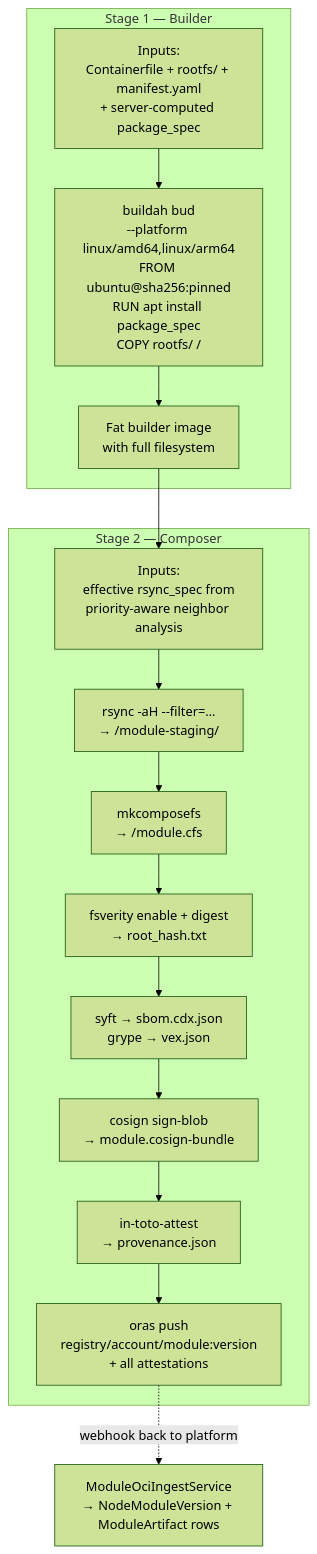
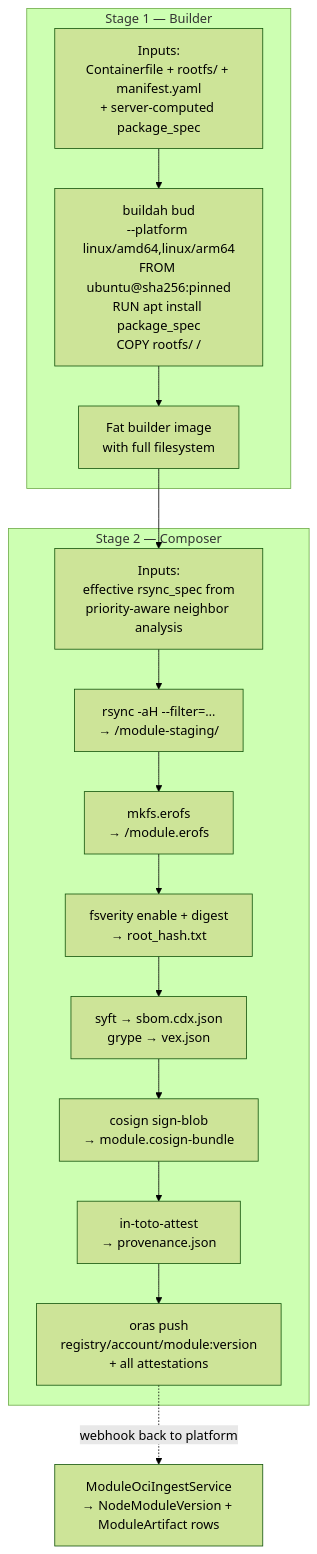
One commit to nodealchemy/powernode-system changed the second of 7 diagrams in docs/ARCHITECTURE.md. Above: the diagram before and after it, drawn with Mermaid (forest theme). The commit also changed other lines of this file and 29 other files, not shown here.

````diff
--- a/docs/ARCHITECTURE.md
+++ b/docs/ARCHITECTURE.md
@@ -65,24 +65,24 @@
 ```mermaid
 flowchart TD
     subgraph S1["Stage 1 — Builder"]
         S1in["Inputs:<br/>Containerfile + rootfs/ + manifest.yaml<br/>+ server-computed package_spec"]
         S1build[buildah bud<br/>--platform linux/amd64,linux/arm64<br/>FROM ubuntu@sha256:pinned<br/>RUN apt install package_spec<br/>COPY rootfs/ /]
         S1out[Fat builder image<br/>with full filesystem]
         S1in --> S1build --> S1out
     end
 
     subgraph S2["Stage 2 — Composer"]
         S2in["Inputs:<br/>effective rsync_spec from<br/>priority-aware neighbor analysis"]
         Rsync["rsync -aH --filter=…<br/>→ /module-staging/"]
-        Comp[mkcomposefs<br/>→ /module.cfs]
+        Comp[mkfs.erofs<br/>→ /module.erofs]
         Verity[fsverity enable + digest<br/>→ root_hash.txt]
         SBOM["syft → sbom.cdx.json<br/>grype → vex.json"]
         Sign[cosign sign-blob<br/>→ module.cosign-bundle]
         Prov[in-toto-attest<br/>→ provenance.json]
         Push[oras push<br/>registry/account/module:version<br/>+ all attestations]
         S2in --> Rsync --> Comp --> Verity --> SBOM --> Sign --> Prov --> Push
     end
 
     S1out --> S2in
     Push -. "webhook back to platform" .-> Ingest[ModuleOciIngestService<br/>→ NodeModuleVersion + ModuleArtifact rows]
 ```
````
